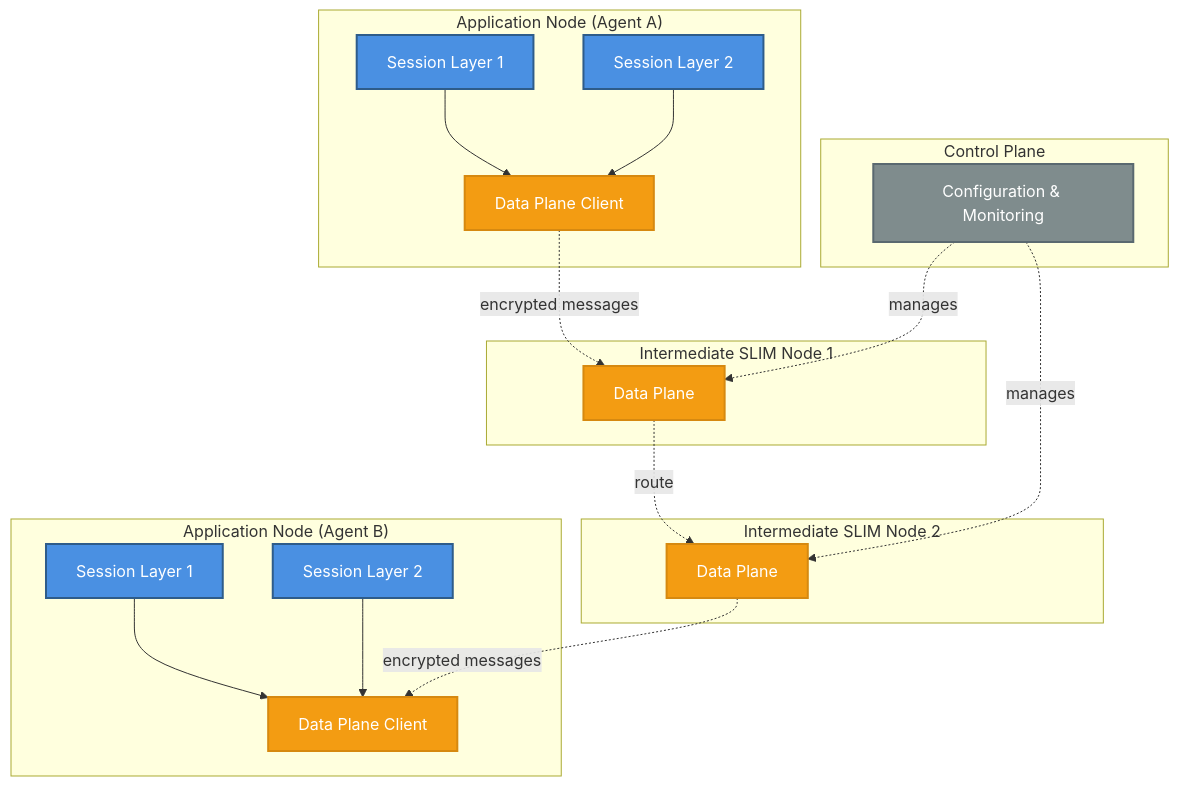
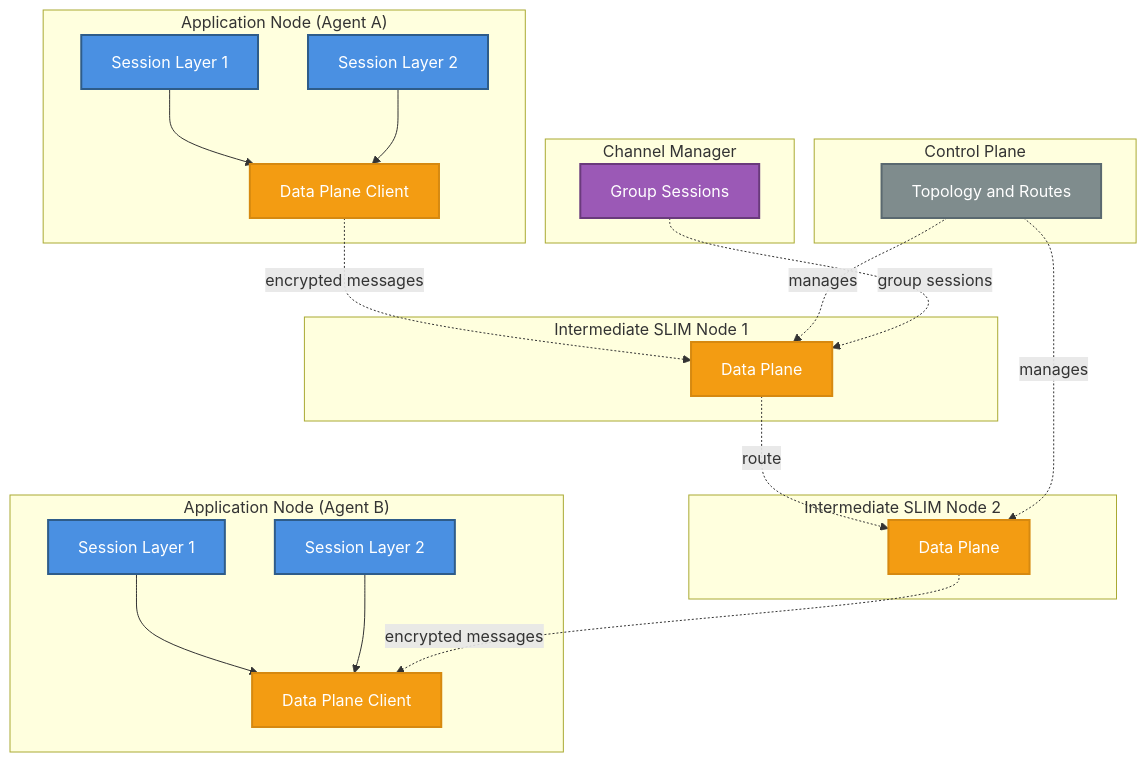
The diagram in docs/content/slim/slim-overview.md (agntcy/slim), drawn with Mermaid before and after one commit. The commit also changed other lines of this file and 11 other files, not shown here.

````diff
--- a/docs/content/slim/slim-overview.md
+++ b/docs/content/slim/slim-overview.md
@@ -49,47 +50,53 @@
 ```mermaid
 graph TB
     subgraph "Application Node (Agent A)"
         A1[Session Layer 1]
         A2[Session Layer 2]
         A3[Data Plane Client]
         A1 --> A3
         A2 --> A3
     end
     
     subgraph "Intermediate SLIM Node 1"
         I1[Data Plane]
     end
     
     subgraph "Intermediate SLIM Node 2"
         I2[Data Plane]
     end
     
     subgraph "Application Node (Agent B)"
         B1[Session Layer 1]
         B2[Session Layer 2]
         B3[Data Plane Client]
         B1 --> B3
         B2 --> B3
     end
     
     subgraph "Control Plane"
-        CP[Configuration & Monitoring]
+        CP[Topology and Routes]
+    end
+
+    subgraph "Channel Manager"
+        CM[Group Sessions]
     end
     
     A3 -.->|encrypted messages| I1
     I1 -.->|route| I2
     I2 -.->|encrypted messages| B3
     
     CP -.->|manages| I1
     CP -.->|manages| I2
+    CM -.->|group sessions| I1
     
     style A1 fill:#4a90e2,stroke:#2e5c8a,stroke-width:2px,color:#fff
     style A2 fill:#4a90e2,stroke:#2e5c8a,stroke-width:2px,color:#fff
     style A3 fill:#f39c12,stroke:#d68910,stroke-width:2px,color:#fff
     style B1 fill:#4a90e2,stroke:#2e5c8a,stroke-width:2px,color:#fff
     style B2 fill:#4a90e2,stroke:#2e5c8a,stroke-width:2px,color:#fff
     style B3 fill:#f39c12,stroke:#d68910,stroke-width:2px,color:#fff
     style I1 fill:#f39c12,stroke:#d68910,stroke-width:2px,color:#fff
     style I2 fill:#f39c12,stroke:#d68910,stroke-width:2px,color:#fff
     style CP fill:#7f8c8d,stroke:#5a6970,stroke-width:2px,color:#fff
+    style CM fill:#9b59b6,stroke:#6a3a7c,stroke-width:2px,color:#fff
 ```
````
